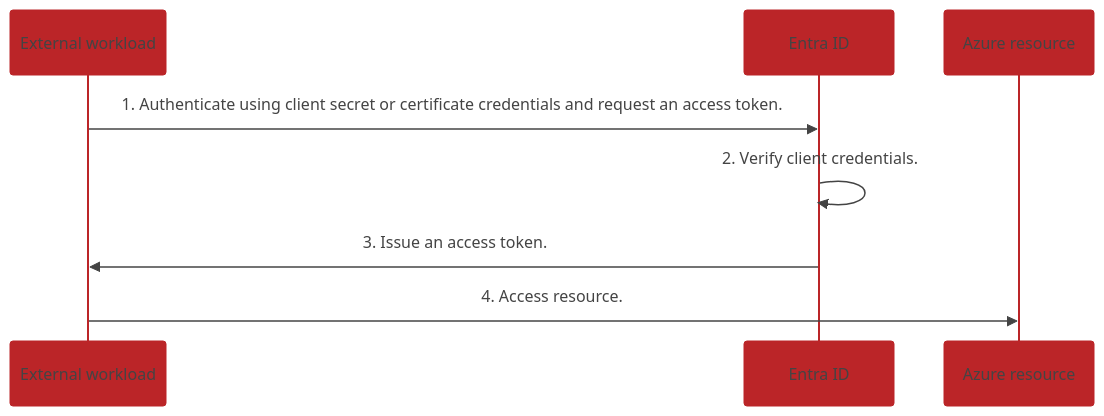
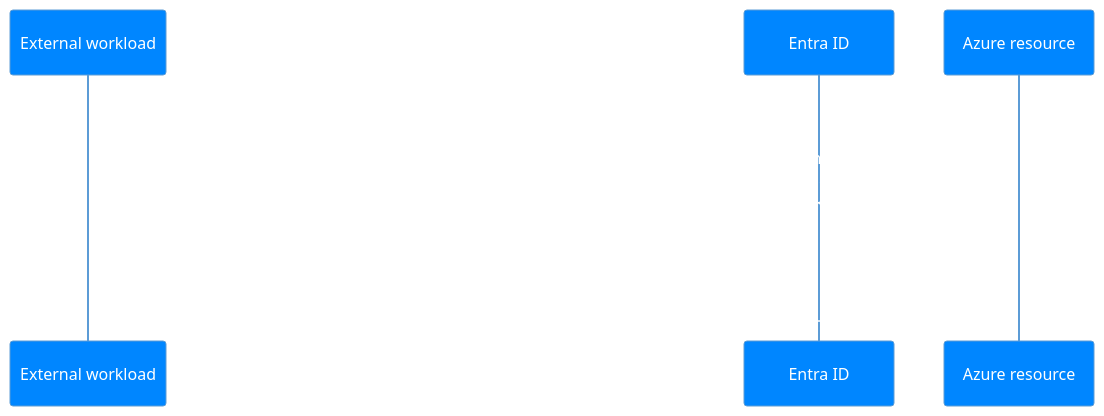
One commit to lucas-ko/lucas-ko.github.io changed the first of 3 diagrams in _posts/2025-01-11-Workload-Identity-Federation-Hidden-Risks.md. Above: the diagram before and after it, drawn with Mermaid. The commit also changed other lines of this file, not shown here.

````diff
--- a/_posts/2025-01-11-Workload-Identity-Federation-Hidden-Risks.md
+++ b/_posts/2025-01-11-Workload-Identity-Federation-Hidden-Risks.md
@@ -30,22 +29,21 @@
 ```mermaid
 %%{
   init: {
     'theme': 'base',
     'themeVariables': {
-      'primaryColor': '#BB2528',
-      'primaryTextColor': '#444444',
-      'primaryBorderColor': '#BB2528',
-      'lineColor': '#444444',
-      'secondaryColor': '#A56BCD',
-      'tertiaryColor': '#999999'
+      'primaryColor': '#0086FF',
+      'primaryTextColor': '#FFFFFF',
+      'lineColor': '#000000',
+      'darkMode': 'true'
     }
   }
-}%% sequenceDiagram
+}%%
+sequenceDiagram 
     participant EW as External workload
     participant EID as Entra ID
     participant Az as Azure resource
     EW ->> EID: 1. Authenticate using client secret or certificate credentials and request an access token.
     EID ->> EID: 2. Verify client credentials.
     EID ->> EW: 3. Issue an access token.
     EW ->> Az: 4. Access resource.
 ```
````
